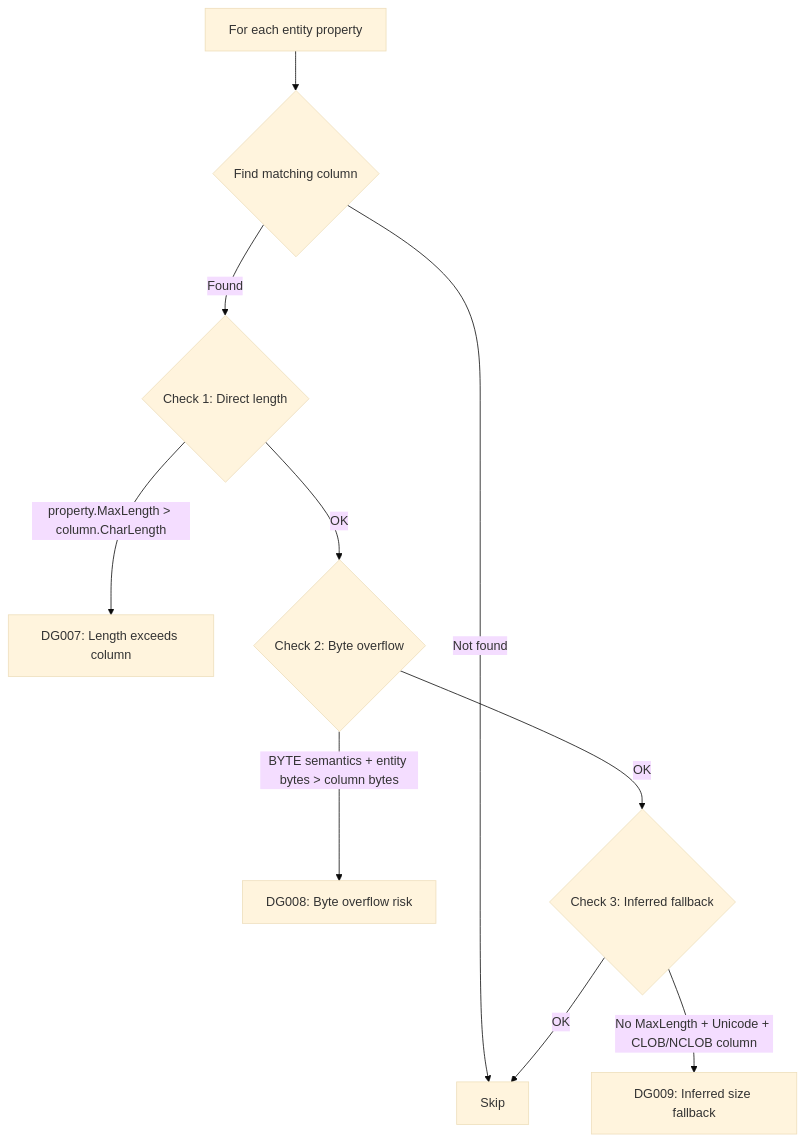
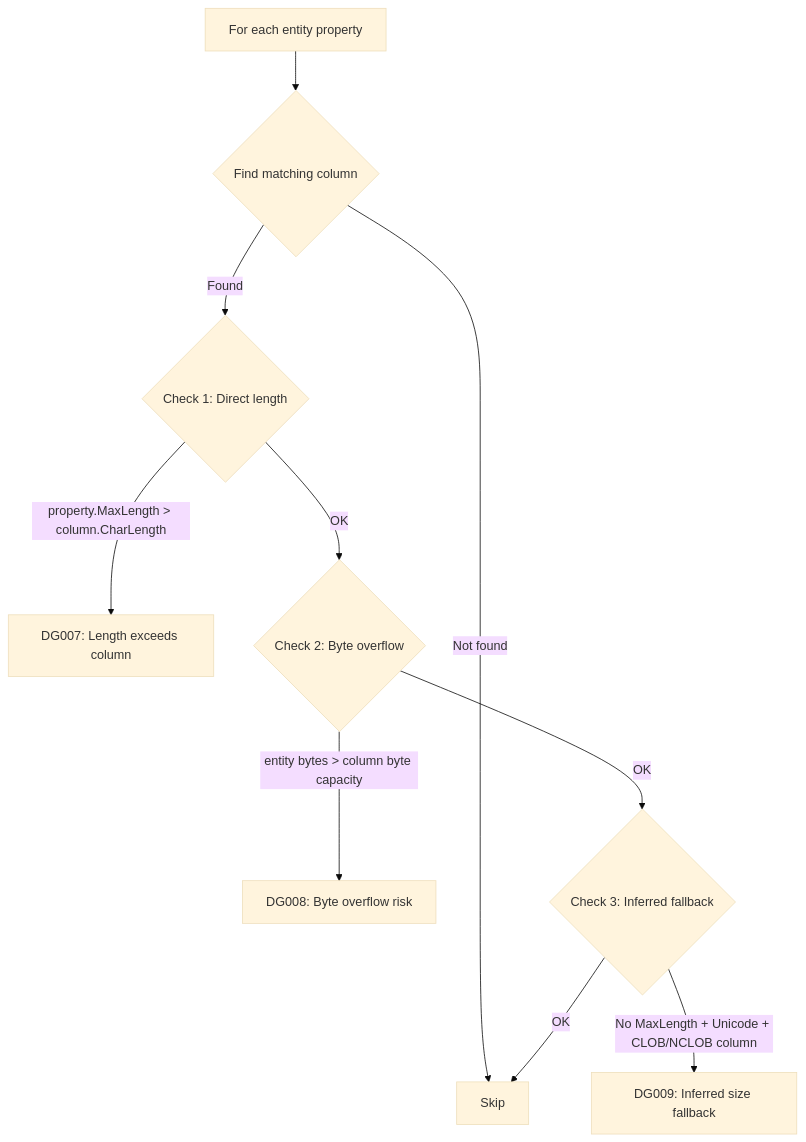
One commit to thanhnt-sm/eco_support_net_oracle changed the second of 2 diagrams in docs/03-components/adapters/oracle-adapter.md. Above: the diagram before and after it, drawn with Mermaid (base theme). The commit also changed other lines of this file and 408 other files, not shown here.

````diff
--- a/docs/03-components/adapters/oracle-adapter.md
+++ b/docs/03-components/adapters/oracle-adapter.md
@@ -208,12 +223,12 @@
 ```mermaid
 flowchart TD
     A[For each entity property] --> B{Find matching column}
     B -->|Not found| Z[Skip]
     B -->|Found| C{Check 1: Direct length}
     C -->|property.MaxLength > column.CharLength| V1[DG007: Length exceeds column]
     C -->|OK| D{Check 2: Byte overflow}
-    D -->|BYTE semantics + entity bytes > column bytes| V2[DG008: Byte overflow risk]
+    D -->|entity bytes > column byte capacity| V2[DG008: Byte overflow risk]
     D -->|OK| E{Check 3: Inferred fallback}
     E -->|No MaxLength + Unicode + CLOB/NCLOB column| V3[DG009: Inferred size fallback]
     E -->|OK| Z
 ```
````
